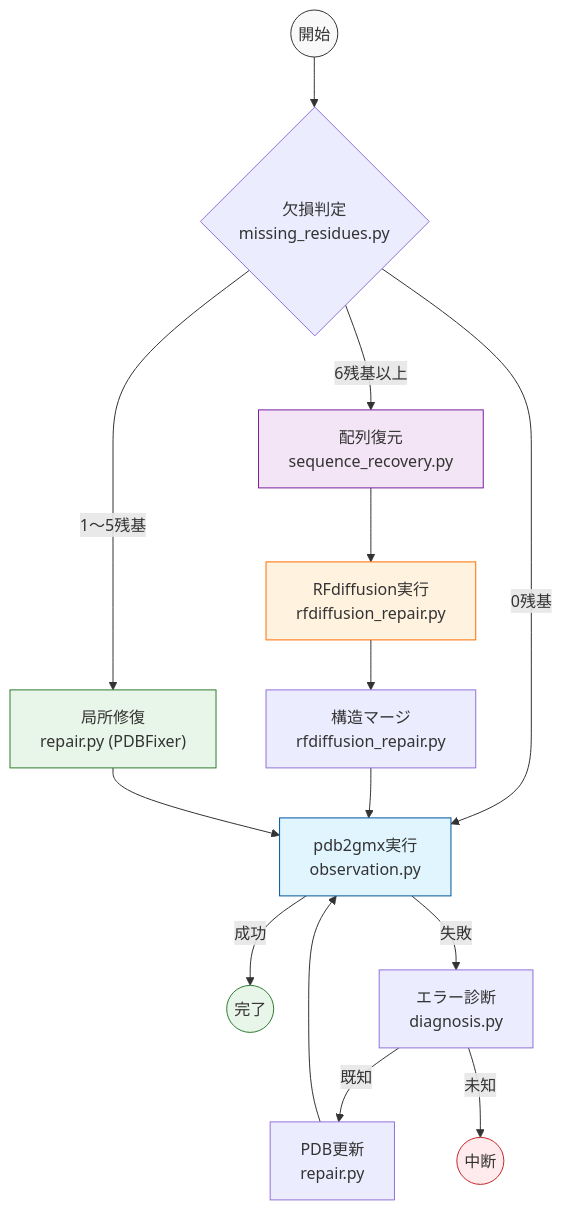
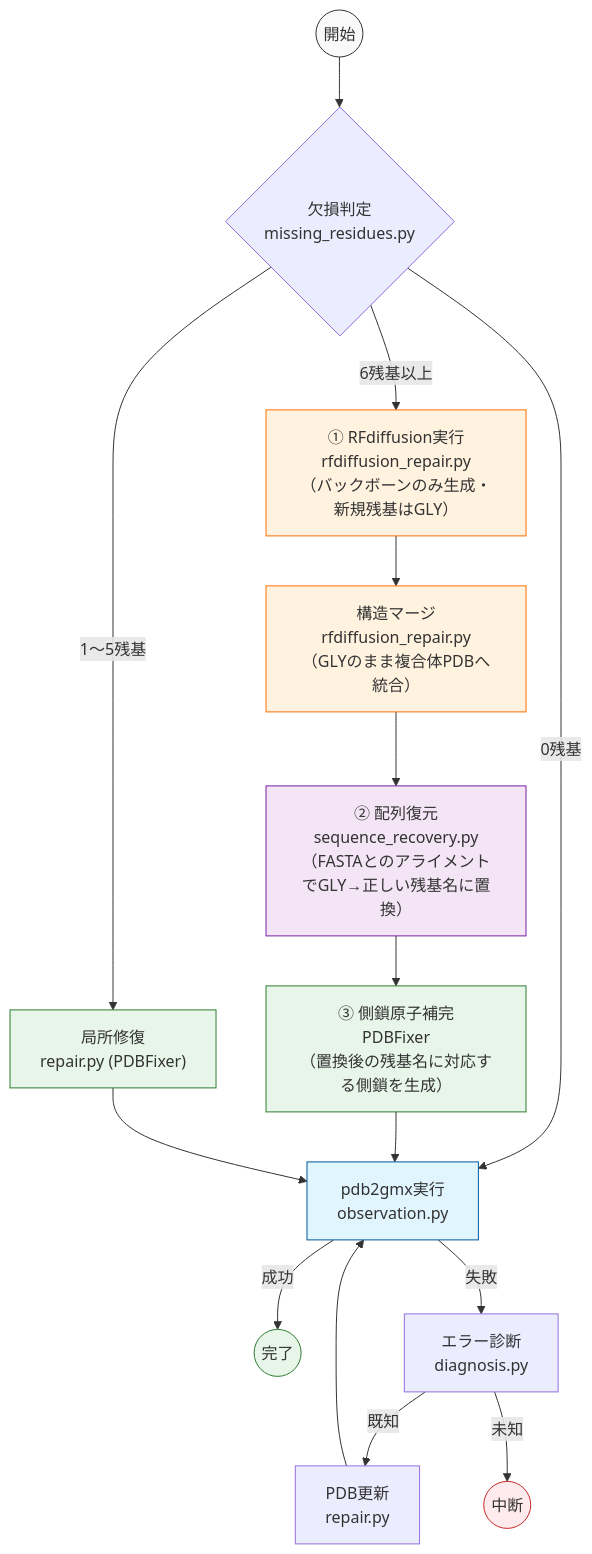
The first of 3 diagrams in README.md (nakamura26002002921-a11y/gromacs_recovery), drawn with Mermaid before and after one commit. The commit also changed other lines of this file, not shown here.

````diff
--- a/README.md
+++ b/README.md
@@ -9,30 +13,33 @@
 ```mermaid
 graph TD
     Start(("開始")) --> Check{"欠損判定<br>missing_residues.py"}
-    
-    Check -->|6残基以上| SeqRec["配列復元<br>sequence_recovery.py"]
+
+    Check -->|6残基以上| RFDiff["① RFdiffusion実行<br>rfdiffusion_repair.py<br>（バックボーンのみ生成・新規残基はGLY）"]
     Check -->|1〜5残基| PDBFix["局所修復<br>repair.py (PDBFixer)"]
     Check -->|0残基| RunGmx["pdb2gmx実行<br>observation.py"]
-    
-    SeqRec --> RFDiff["RFdiffusion実行<br>rfdiffusion_repair.py"]
-    RFDiff --> Merge["構造マージ<br>rfdiffusion_repair.py"]
-    
-    Merge --> RunGmx
+
+    RFDiff --> Merge["構造マージ<br>rfdiffusion_repair.py<br>（GLYのまま複合体PDBへ統合）"]
+    Merge --> SeqRec["② 配列復元<br>sequence_recovery.py<br>（FASTAとのアライメントでGLY→正しい残基名に置換）"]
+    SeqRec --> FillAtoms["③ 側鎖原子補完<br>PDBFixer<br>（置換後の残基名に対応する側鎖を生成）"]
+
+    FillAtoms --> RunGmx
     PDBFix --> RunGmx
-    
+
     RunGmx -->|成功| Save(("完了"))
     RunGmx -->|失敗| Diag["エラー診断<br>diagnosis.py"]
-    
+
     Diag -->|既知| Update["PDB更新<br>repair.py"]
     Diag -->|未知| Fail(("中断"))
-    
+
     Update --> RunGmx
 
     style Start fill:#f9f9f9,stroke:#333
     style RunGmx fill:#e1f5fe,stroke:#01579b
     style RFDiff fill:#fff3e0,stroke:#ff6f00
+    style Merge fill:#fff3e0,stroke:#ff6f00
     style PDBFix fill:#e8f5e9,stroke:#2e7d32
+    style FillAtoms fill:#e8f5e9,stroke:#2e7d32
     style SeqRec fill:#f3e5f5,stroke:#7b1fa2
     style Save fill:#e8f5e9,stroke:#2e7d32
     style Fail fill:#ffebee,stroke:#c62828
 ```
````
